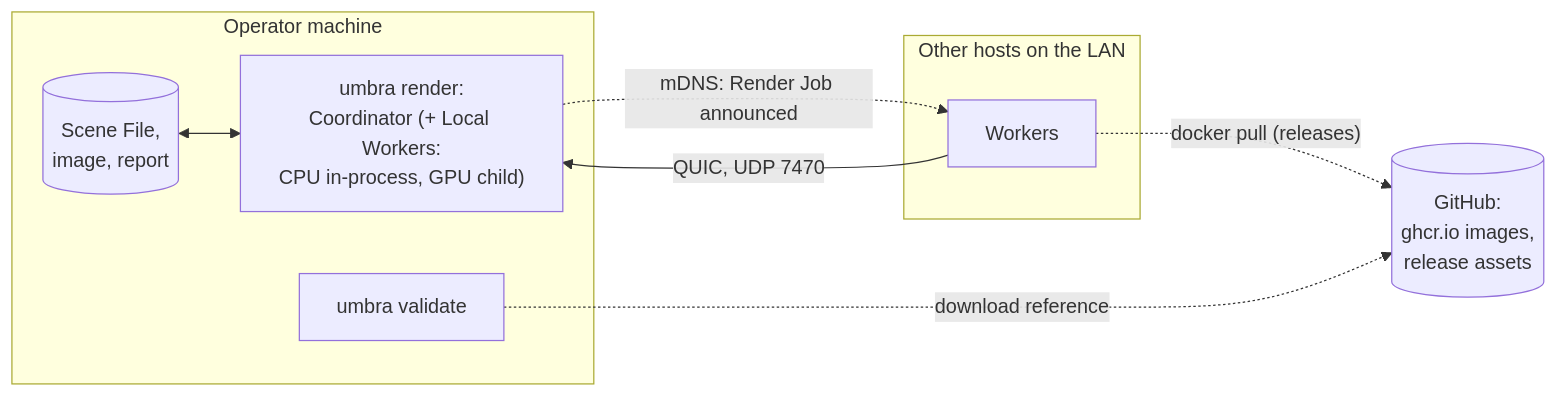
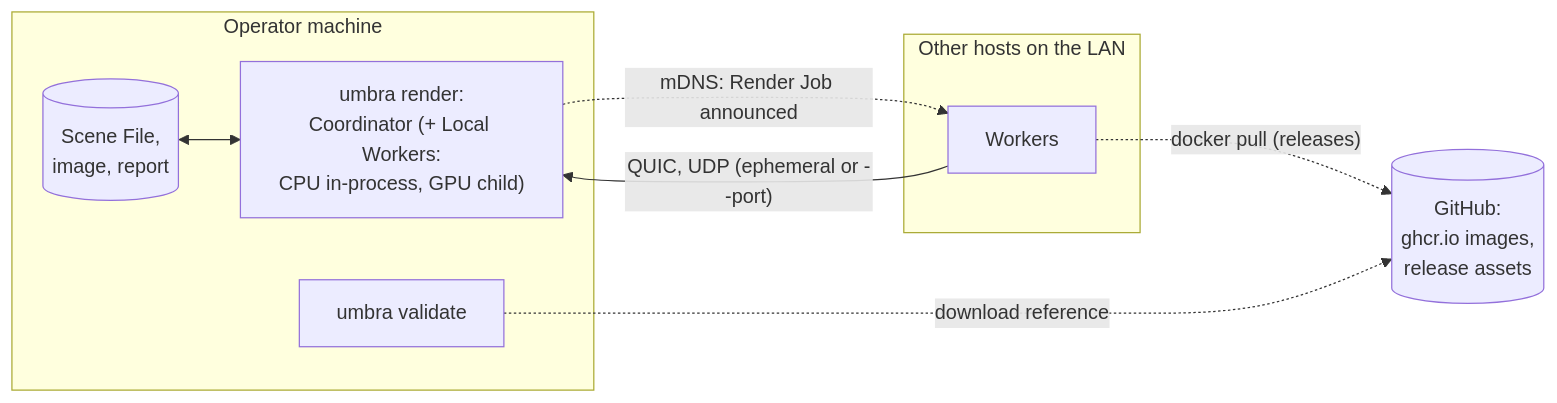
One commit to sergioffpc/umbra changed the second of 2 diagrams in docs/architecture/03-context-and-scope.md. Above: the diagram before and after it, drawn with Mermaid. The commit also changed other lines of this file and 8 other files, not shown here.

First line of the commit message:
docs(adr): default the coordinator to an ephemeral port

````diff
--- a/docs/architecture/03-context-and-scope.md
+++ b/docs/architecture/03-context-and-scope.md
@@ -35,17 +35,17 @@
 ```mermaid
 flowchart LR
     subgraph opm["Operator machine"]
         fs[("Scene File,<br/>image, report")]
         coord["umbra render:<br/>Coordinator (+ Local Workers:<br/>CPU in-process, GPU child)"]
         val["umbra validate"]
     end
     subgraph hosts["Other hosts on the LAN"]
         w["Workers"]
     end
     gh[("GitHub:<br/>ghcr.io images,<br/>release assets")]
     fs <--> coord
     coord -. "mDNS: Render Job announced" .-> w
-    w -- "QUIC, UDP 7470" --> coord
+    w -- "QUIC, UDP (ephemeral or --port)" --> coord
     w -. "docker pull (releases)" .-> gh
     val -. "download reference" .-> gh
 ```
````
